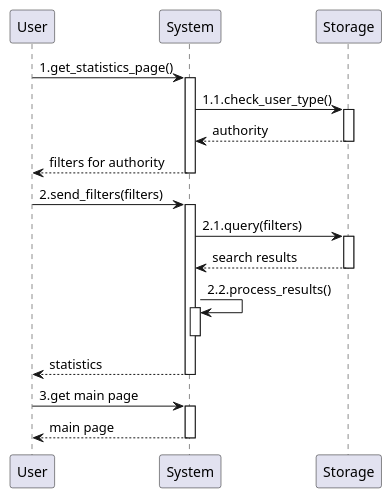
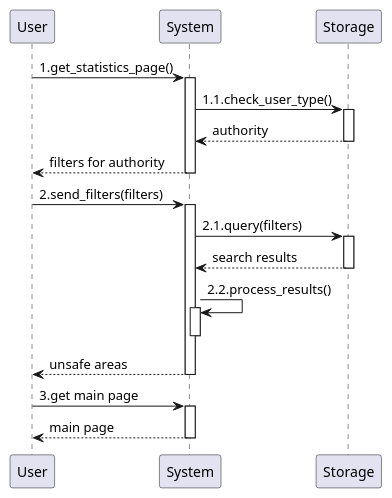
The third of 6 diagrams in RASD/materials/uml/useCases/reports.wsd (GiorgioUghini/SafeStreets), drawn with PlantUML before and after one commit. The commit also changed other lines of this file and 13 other files, not shown here.

Commit message:
Add remaining use case diagrams

```diff
--- a/RASD/materials/uml/useCases/reports.wsd
+++ b/RASD/materials/uml/useCases/reports.wsd
@@ -41,20 +41,20 @@
 @startuml information_mining_by_officers
     participant User as U
     participant System as S
     participant Storage as ST
 
     autoactivate on
 
     U -> S: 1.get_statistics_page()
     S -> ST: 1.1.check_user_type()
     return authority
     return filters for authority
     U -> S: 2.send_filters(filters)
     S -> ST: 2.1.query(filters)
     return search results
     S -> S: 2.2.process_results()
     deactivate S
-    return statistics
+    return unsafe areas
     U -> S: 3.get main page
     return main page
 @enduml
```
